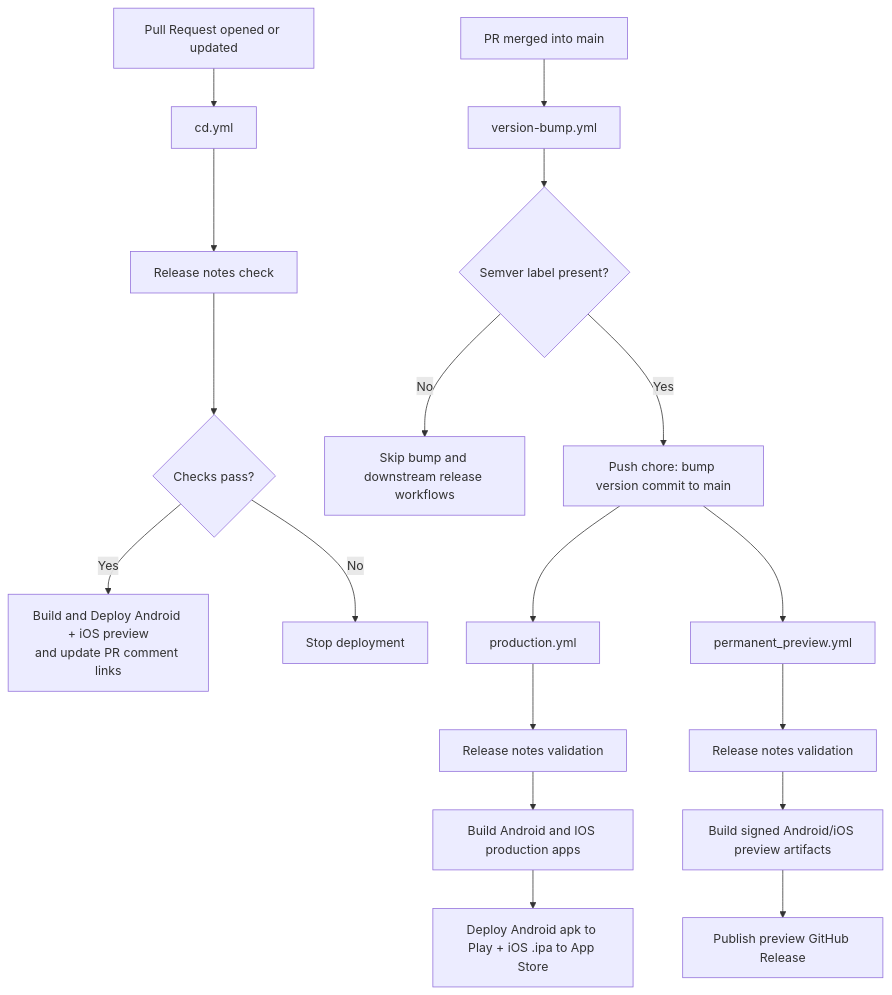
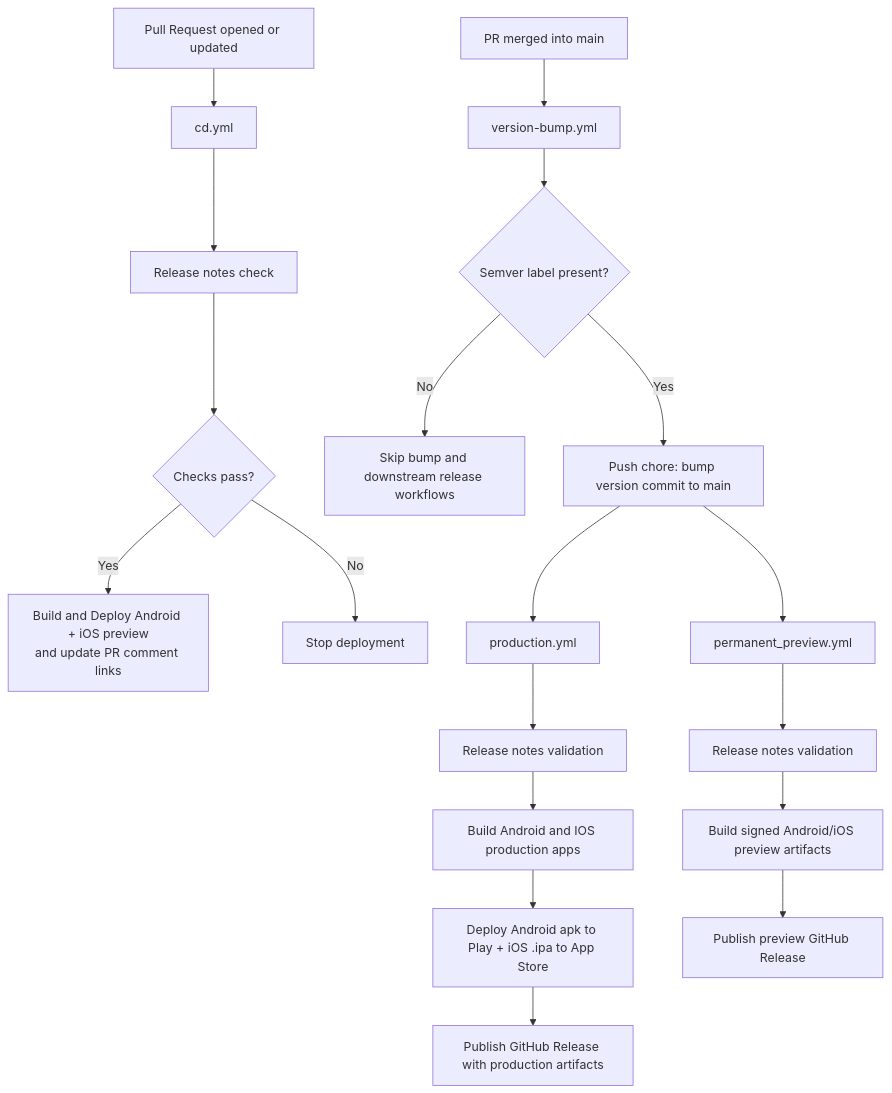
Before and after one commit to jalantechnologies/react-native-template: the diagram in docs/cd.md, drawn with Mermaid. The commit also changed other lines of this file and 3 other files, not shown here.

Commit message:
ci: align GitHub Releases with production artifacts and rename preview release (#340)

````diff
--- a/docs/cd.md
+++ b/docs/cd.md
@@ -10,21 +10,22 @@
 ```mermaid
 flowchart TB
   PR[Pull Request opened or updated] --> PRWF[cd.yml]
   PRWF --> PRGATES[Release notes check]
   PRGATES --> PRPASS{Checks pass?}
   PRPASS -->|Yes| PRDEPLOY[Build and Deploy Android + iOS preview<br/>and update PR comment links]
   PRPASS -->|No| PRSTOP[Stop deployment]
 
   MERGE[PR merged into main] --> VBWF[version-bump.yml]
   VBWF --> VBCHK{Semver label present?}
   VBCHK -->|No| VBSKIP[Skip bump and downstream release workflows]
   VBCHK -->|Yes| VBPUSH[Push chore: bump version commit to main]
   VBPUSH --> PRODWF[production.yml]
   VBPUSH --> PPWF[permanent_preview.yml]
   PRODWF --> PRODRN[Release notes validation]
   PRODRN --> PRODBUILD[Build Android and IOS production apps]
   PRODBUILD --> PRODDEPLOY[Deploy Android apk to Play + iOS .ipa to App Store]
+  PRODDEPLOY --> PRODRELEASE[Publish GitHub Release with production artifacts]
   PPWF --> PPRN[Release notes validation]
   PPRN --> PPBUILD[Build signed Android/iOS preview artifacts]
   PPBUILD --> PPPUBLISH[Publish preview GitHub Release]
 ```
````
